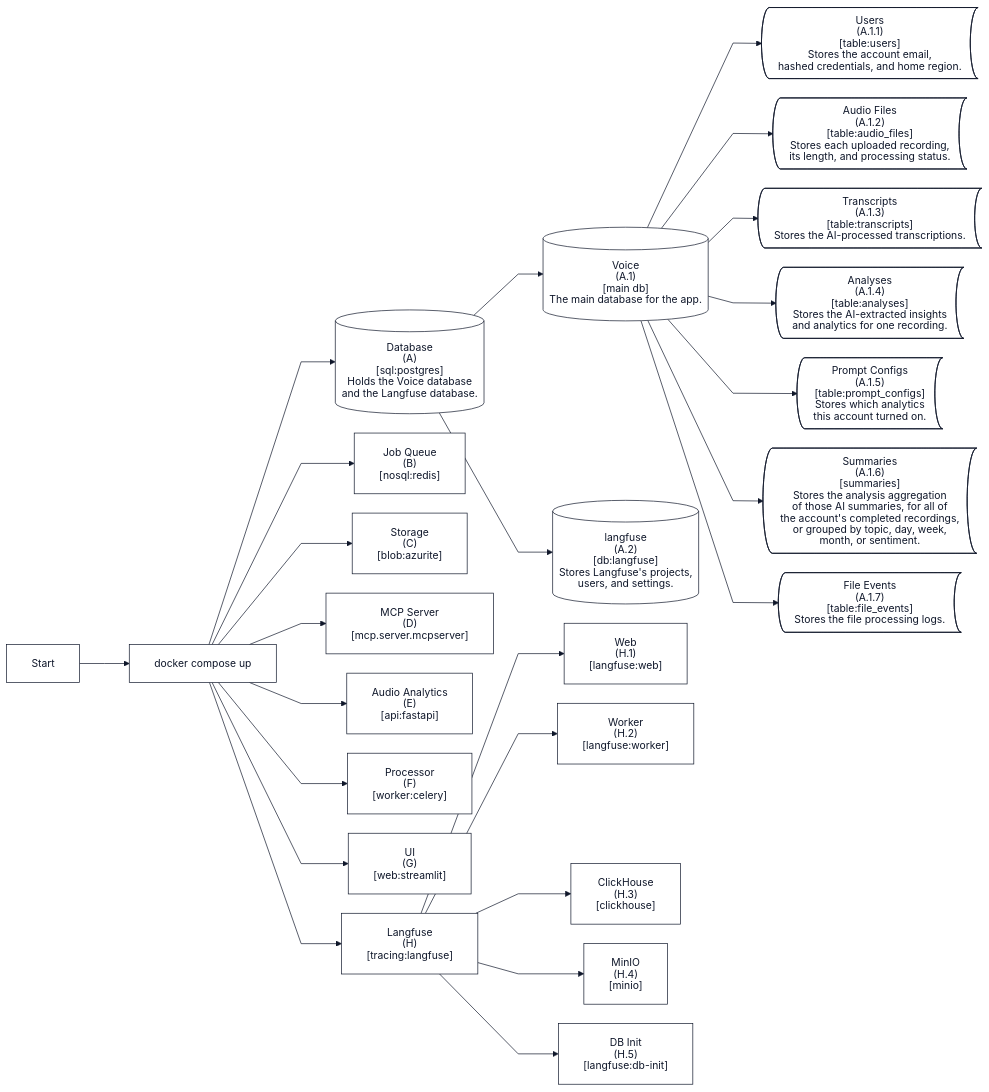
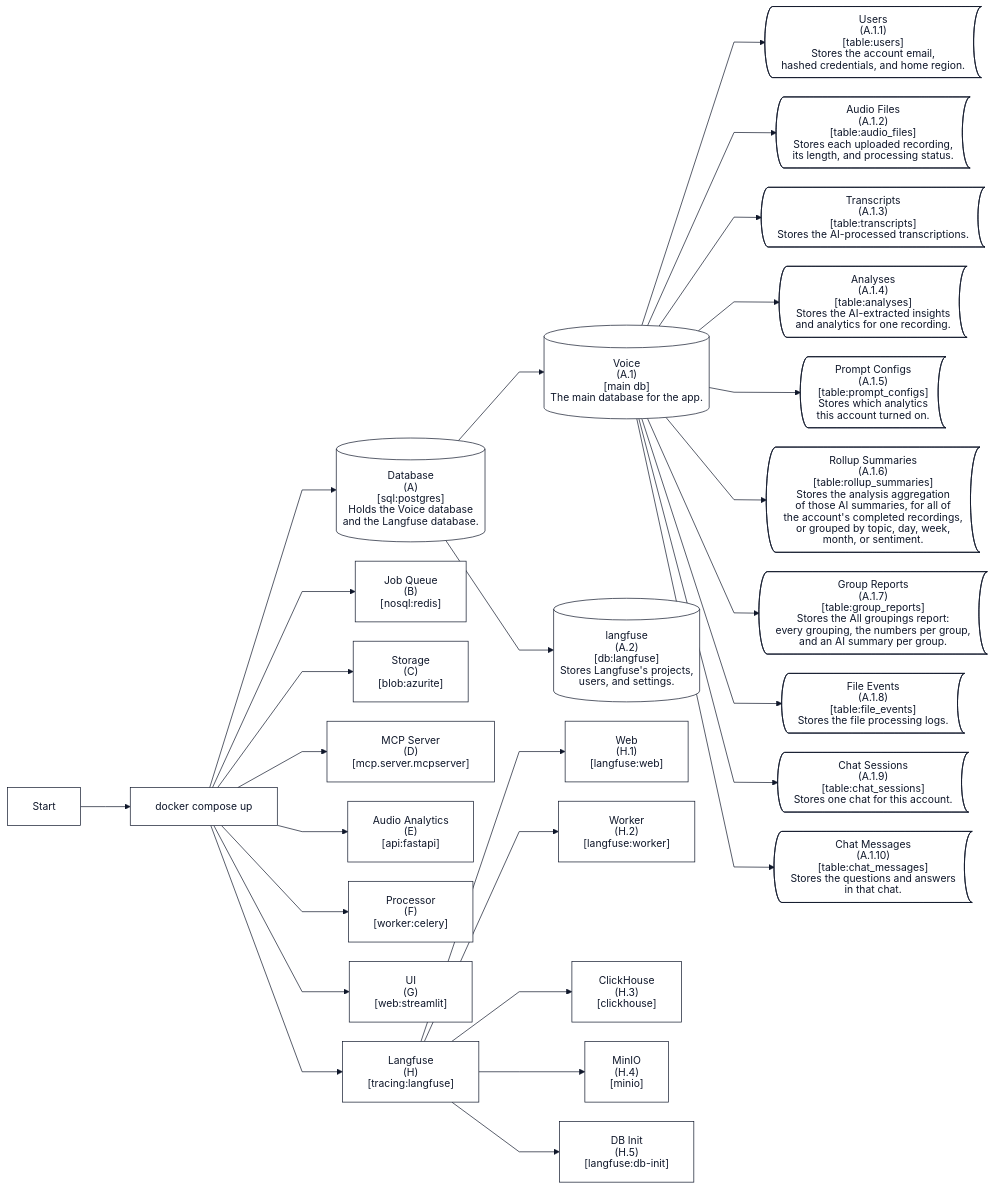
One commit to highprincezero/wn-voice-analytics changed the second of 5 diagrams in docs/architecture.md. Above: the diagram before and after it, drawn with Mermaid. The commit also changed other lines of this file and 18 other files, not shown here.

```diff
--- a/docs/architecture.md
+++ b/docs/architecture.md
@@ -128,18 +128,33 @@
 [table:prompt_configs]
 Stores which analytics
 this account turned on." }
-  voiceDb --> tblSummaries@{ shape: bow-rect, label: "Summaries
+  voiceDb --> tblSummaries@{ shape: bow-rect, label: "Rollup Summaries
 (A.1.6)
-[summaries]
+[table:rollup_summaries]
 Stores the analysis aggregation
 of those AI summaries, for all of
 the account's completed recordings,
 or grouped by topic, day, week,
 month, or sentiment." }
+  voiceDb --> tblReports@{ shape: bow-rect, label: "Group Reports
+(A.1.7)
+[table:group_reports]
+Stores the All groupings report:
+every grouping, the numbers per group,
+and an AI summary per group." }
   voiceDb --> tblEvents@{ shape: bow-rect, label: "File Events
-(A.1.7)
+(A.1.8)
 [table:file_events]
 Stores the file processing logs." }
+  voiceDb --> tblChatSessions@{ shape: bow-rect, label: "Chat Sessions
+(A.1.9)
+[table:chat_sessions]
+Stores one chat for this account." }
+  voiceDb --> tblChatMessages@{ shape: bow-rect, label: "Chat Messages
+(A.1.10)
+[table:chat_messages]
+Stores the questions and answers
+in that chat." }
   database --> lfDb@{ shape: cyl, label: "langfuse
 (A.2)
 [db:langfuse]
```
